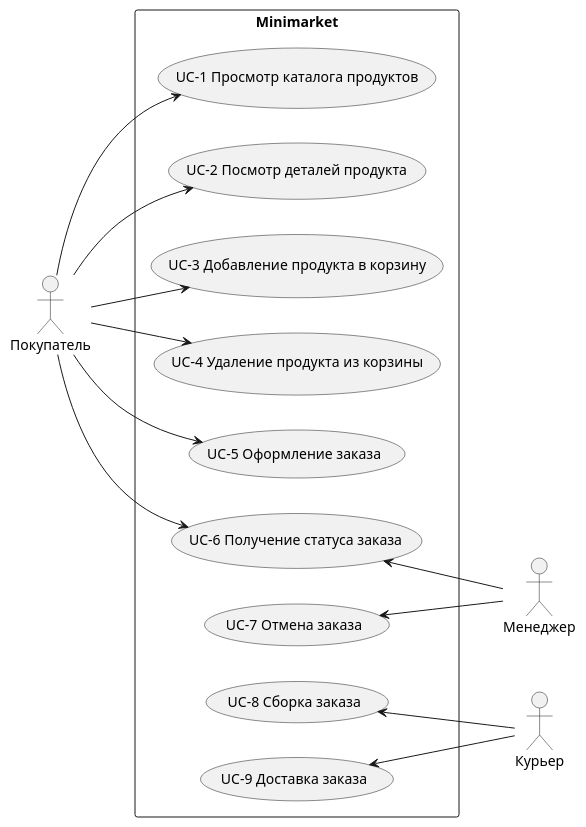
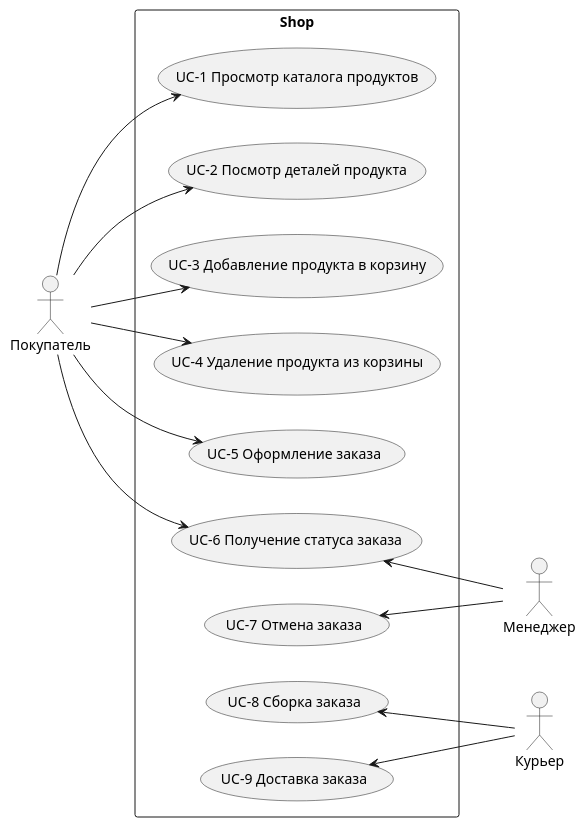
One commit to gerzhan/knigaexpert-system-design changed the fourth of 4 diagrams in README.md. Above: the diagram before and after it, drawn with PlantUML. The commit also changed 5 other files, not shown here.

````diff
--- a/README.md
+++ b/README.md
@@ -136,35 +136,35 @@
 ```plantuml
 left to right direction
 skinparam packageStyle rectangle
 
 actor Покупатель
 actor Менеджер
 actor Курьер
 
-rectangle Minimarket {
+rectangle Shop {
   usecase (UC-1 Просмотр каталога продуктов) as UC1
   usecase (UC-2 Посмотр деталей продукта) as UC2
   usecase (UC-3 Добавление продукта в корзину) as UC3
   usecase (UC-4 Удаление продукта из корзины) as UC4
   usecase (UC-5 Оформление заказа) as UC5
   
   usecase (UC-6 Получение статуса заказа)  as UC6
   usecase (UC-7 Отмена заказа)  as UC7
 
   usecase (UC-8 Сборка заказа)  as UC8
   usecase (UC-9 Доставка заказа)  as UC9
 
   Покупатель --> UC1
   Покупатель --> UC2
   Покупатель --> UC3
   Покупатель --> UC4
   Покупатель --> UC5
   Покупатель --> UC6
 
   UC6 <-- Менеджер
   UC7 <-- Менеджер
 
   UC8<-- Курьер  
   UC9<-- Курьер
 }
 ```
````
